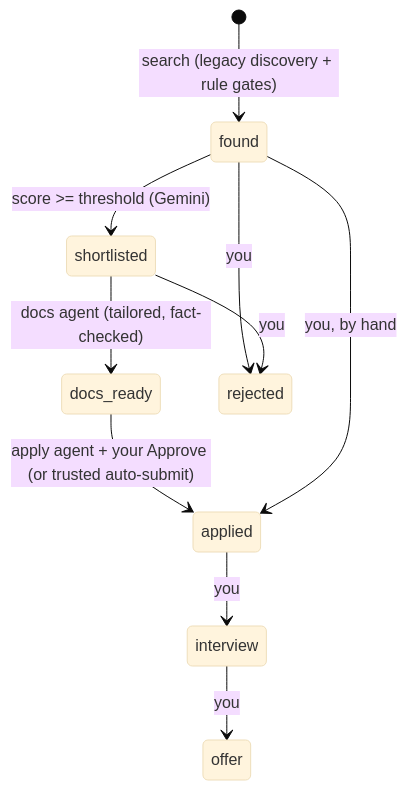
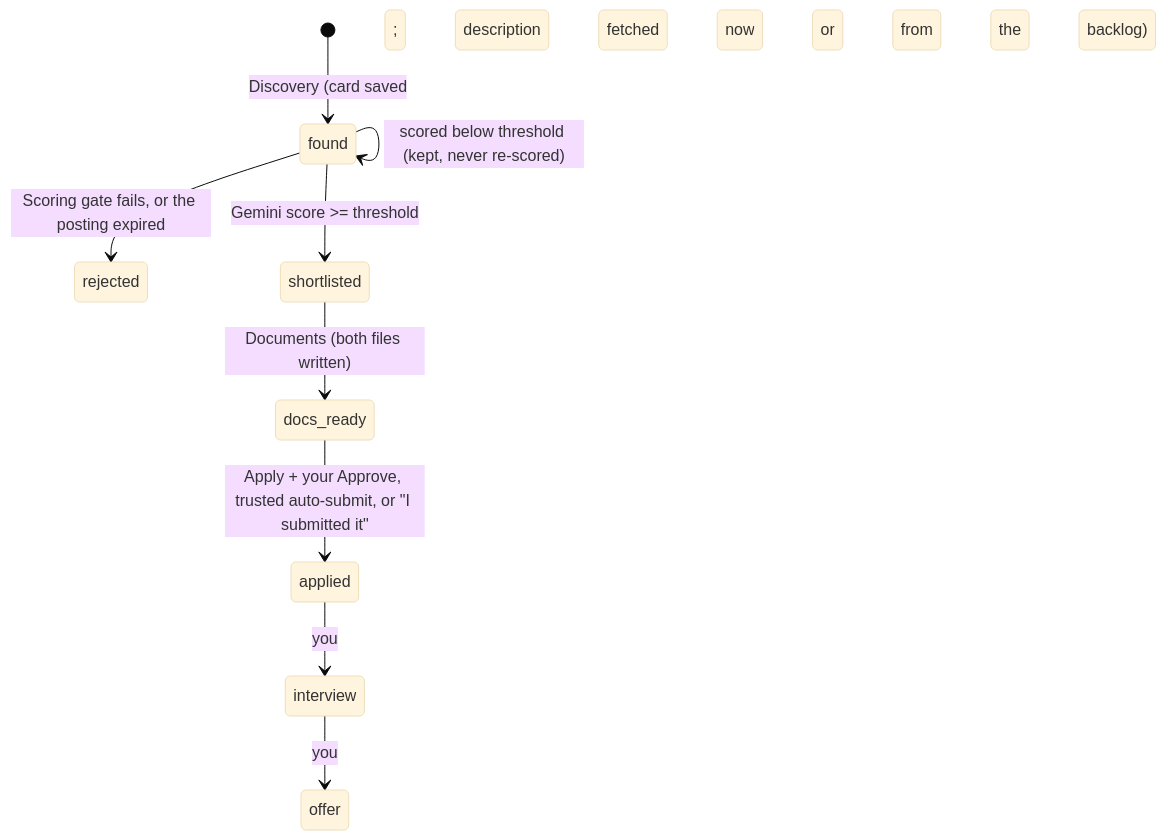
Before and after one commit to Krissh007/JobPilot: the third of 4 diagrams in docs/DESIGN.md, drawn with Mermaid (base theme). The commit also changed other lines of this file and 1 other file, not shown here.

First line of the commit message:
Design doc matches the self-contained code; header subtitle reads the live search filters

````diff
--- a/docs/DESIGN.md
+++ b/docs/DESIGN.md
@@ -140,12 +131,11 @@
 ```mermaid
 stateDiagram-v2
-  [*] --> found: search (legacy discovery + rule gates)
-  found --> shortlisted: score >= threshold (Gemini)
-  shortlisted --> docs_ready: docs agent (tailored, fact-checked)
-  docs_ready --> applied: apply agent + your Approve (or trusted auto-submit)
-  found --> applied: you, by hand
+  [*] --> found: Discovery (card saved; description fetched now or from the backlog)
+  found --> rejected: Scoring gate fails, or the posting expired
+  found --> shortlisted: Gemini score >= threshold
+  found --> found: scored below threshold (kept, never re-scored)
+  shortlisted --> docs_ready: Documents (both files written)
+  docs_ready --> applied: Apply + your Approve, trusted auto-submit, or "I submitted it"
   applied --> interview: you
   interview --> offer: you
-  found --> rejected: you
-  shortlisted --> rejected: you
 ```
````
